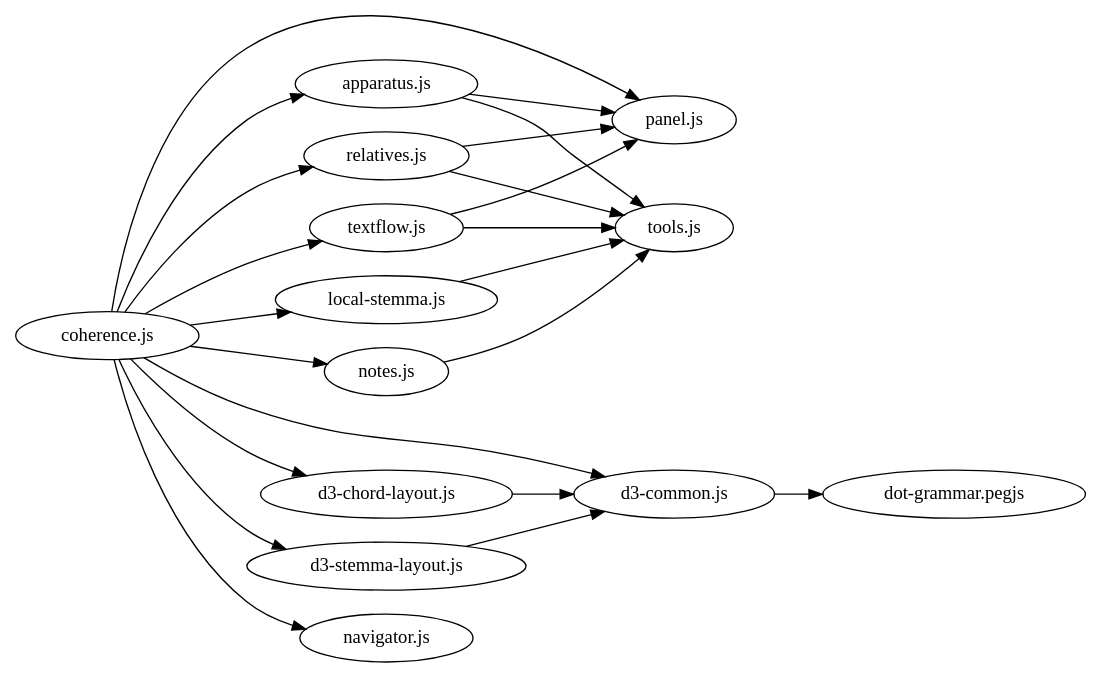
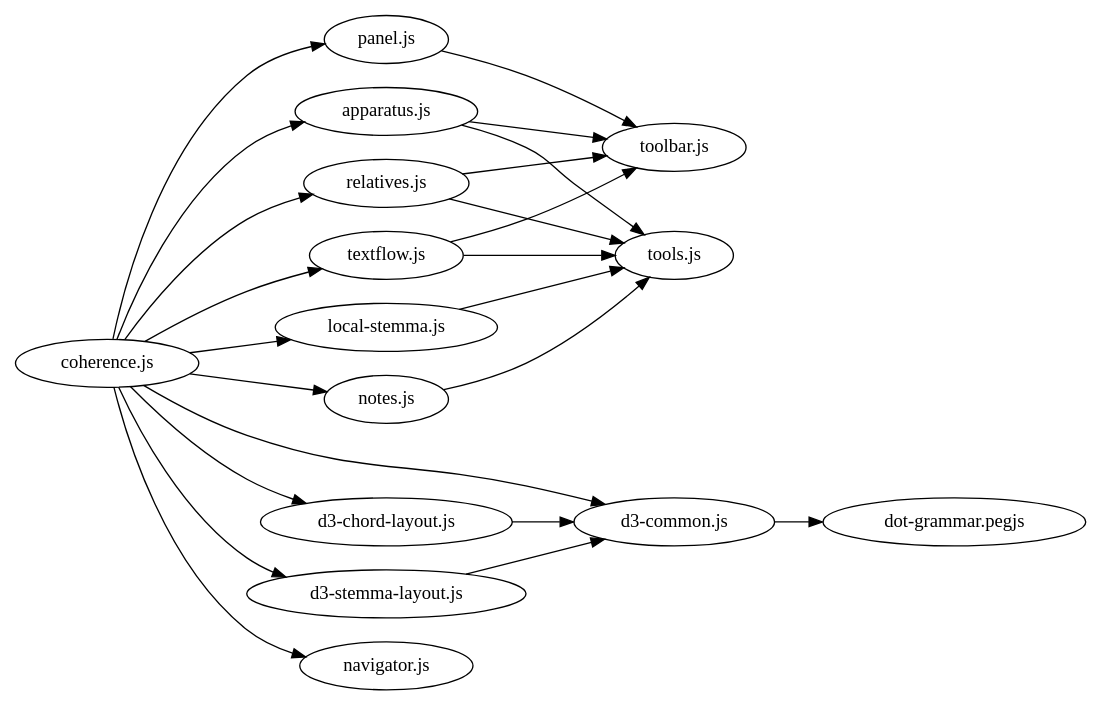
Before and after one commit to cceh/ntg: the diagram in doc_src/coherence.nolibs.jsgraph.dot, drawn with Graphviz. The commit also changed 84 other files, not shown here.

```diff
--- a/doc_src/coherence.nolibs.jsgraph.dot
+++ b/doc_src/coherence.nolibs.jsgraph.dot
@@ -1,77 +1,82 @@
 digraph G {
 graph [rankdir="LR"]
 
 
 
 
 
 
 
 
   "apparatus.js";
-  "panel.js";
+  "toolbar.js";
   "tools.js";
   "coherence.js";
   "d3-chord-layout.js";
   "d3-common.js";
   "d3-stemma-layout.js";
   "local-stemma.js";
   "navigator.js";
   "notes.js";
+  "panel.js";
   "relatives.js";
   "textflow.js";
   "dot-grammar.pegjs";
 
 
 
 
-  "apparatus.js" -> "panel.js";
+  "apparatus.js" -> "toolbar.js";
   "apparatus.js" -> "tools.js";
 
   "coherence.js" -> "apparatus.js";
   "coherence.js" -> "d3-chord-layout.js";
   "coherence.js" -> "d3-common.js";
   "coherence.js" -> "d3-stemma-layout.js";
   "coherence.js" -> "local-stemma.js";
   "coherence.js" -> "navigator.js";
   "coherence.js" -> "notes.js";
   "coherence.js" -> "panel.js";
   "coherence.js" -> "relatives.js";
   "coherence.js" -> "textflow.js";
 
 
 
   "d3-chord-layout.js" -> "d3-common.js";
 
 
 
 
   "d3-common.js" -> "dot-grammar.pegjs";
 
 
 
   "d3-stemma-layout.js" -> "d3-common.js";
 
 
 
   "local-stemma.js" -> "tools.js";
 
 
 
 
 
   "notes.js" -> "tools.js";
 
 
 
+  "panel.js" -> "toolbar.js";
+
+
+  "relatives.js" -> "toolbar.js";
+  "relatives.js" -> "tools.js";
+
+
+  "textflow.js" -> "toolbar.js";
+  "textflow.js" -> "tools.js";
 
 
 
-  "relatives.js" -> "panel.js";
-  "relatives.js" -> "tools.js";
 
 
-  "textflow.js" -> "panel.js";
-  "textflow.js" -> "tools.js";
-
 }
```
